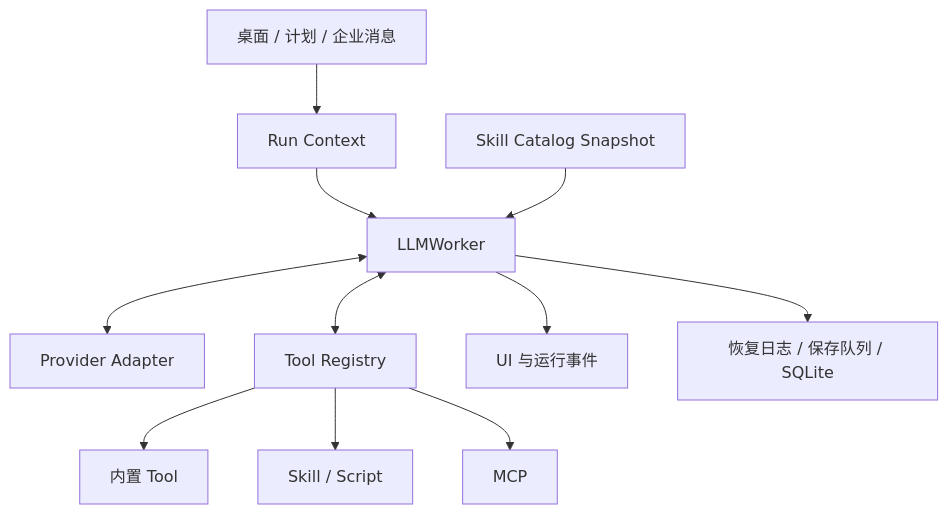
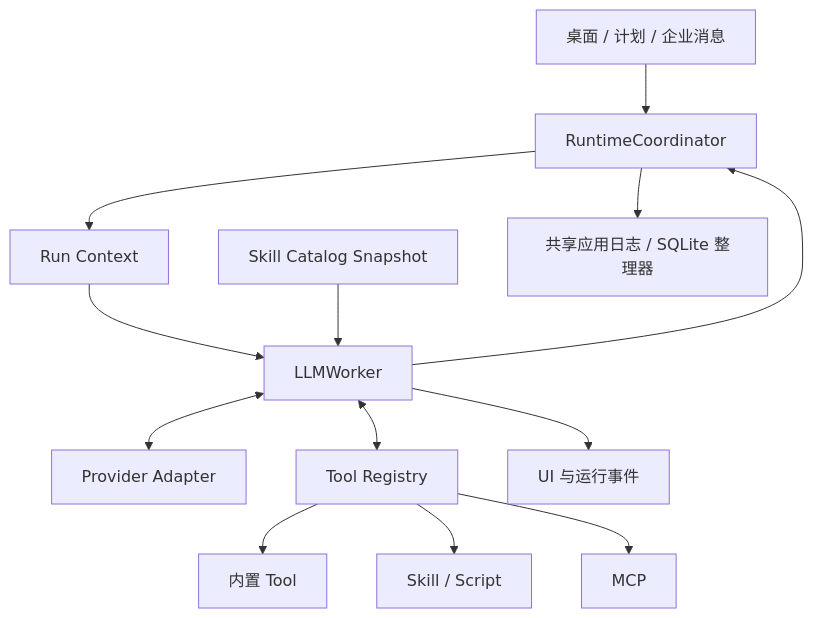
The first of 3 diagrams in docs/technical-design.md (chuancyzhang/deepseek-cowork), drawn with Mermaid before and after one commit. The commit also changed other lines of this file and 107 other files, not shown here.

````diff
--- a/docs/technical-design.md
+++ b/docs/technical-design.md
@@ -26,13 +26,15 @@
 ```mermaid
 flowchart TB
-    Entry[桌面 / 计划 / 企业消息] --> Context[Run Context]
+    Entry[桌面 / 计划 / 企业消息] --> Core[RuntimeCoordinator]
+    Core --> Context[Run Context]
     Context --> Worker[LLMWorker]
     Catalog[Skill Catalog Snapshot] --> Worker
     Worker <--> Provider[Provider Adapter]
     Worker <--> Tools[Tool Registry]
     Tools --> Builtin[内置 Tool]
     Tools --> Skill[Skill / Script]
     Tools --> MCP[MCP]
     Worker --> Events[UI 与运行事件]
-    Worker --> Store[恢复日志 / 保存队列 / SQLite]
+    Worker --> Core
+    Core --> Store[共享应用日志 / SQLite 整理器]
 ```
````
